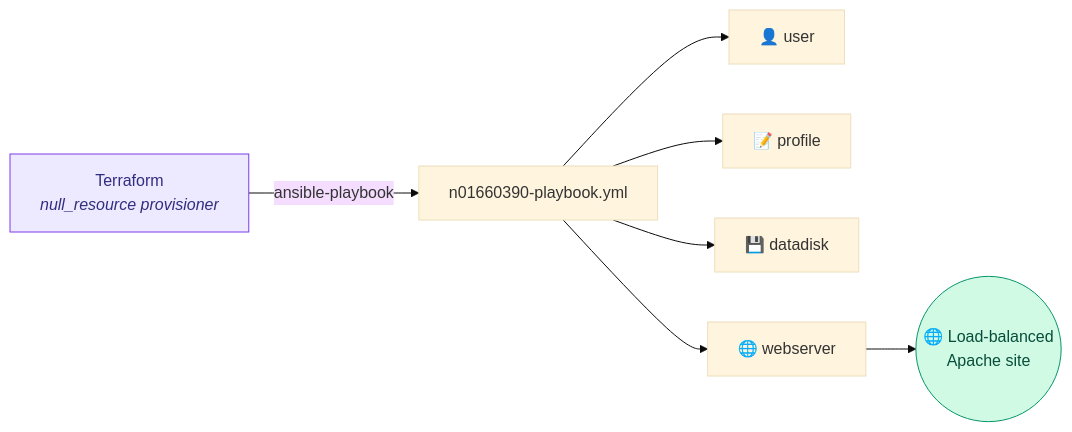
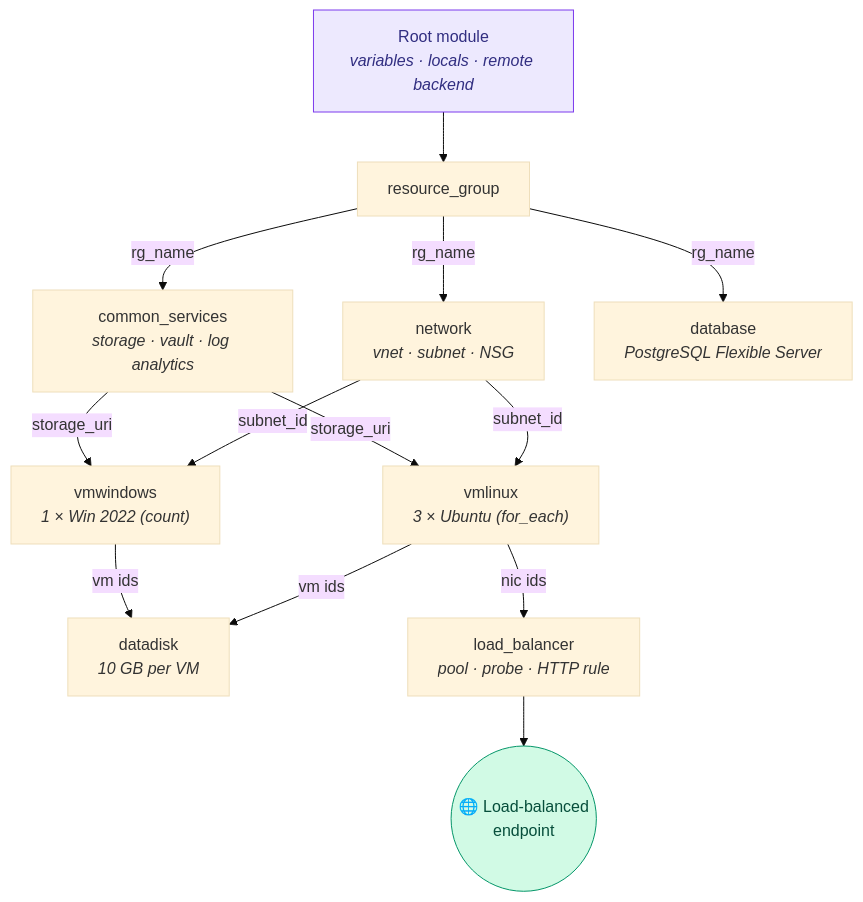
The diagram in README.md (sam51019/terraform-assignment), drawn with Mermaid (base theme) before and after one commit. The commit also changed other lines of this file, not shown here.

````diff
--- a/README.md
+++ b/README.md
@@ -30,12 +37,18 @@
 ```mermaid
-flowchart LR
-    TF["Terraform<br/><i>null_resource provisioner</i>"] -->|ansible-playbook| PB["n01660390-playbook.yml"]
-    PB --> U["👤 user"]
-    PB --> P["📝 profile"]
-    PB --> D["💾 datadisk"]
-    PB --> W["🌐 webserver"]
-    W --> SITE(("🌐 Load-balanced<br/>Apache site"))
+flowchart TD
+    ROOT["Root module<br/><i>variables · locals · remote backend</i>"] --> RG["resource_group"]
+    RG -- rg_name --> NET["network<br/><i>vnet · subnet · NSG</i>"]
+    RG -- rg_name --> COMMON["common_services<br/><i>storage · vault · log analytics</i>"]
+    NET -- subnet_id --> LINUX["vmlinux<br/><i>3 × Ubuntu (for_each)</i>"]
+    NET -- subnet_id --> WIN["vmwindows<br/><i>1 × Win 2022 (count)</i>"]
+    COMMON -- storage_uri --> LINUX
+    COMMON -- storage_uri --> WIN
+    LINUX -- vm ids --> DISK["datadisk<br/><i>10 GB per VM</i>"]
+    WIN -- vm ids --> DISK
+    LINUX -- nic ids --> LB["load_balancer<br/><i>pool · probe · HTTP rule</i>"]
+    RG -- rg_name --> DB["database<br/><i>PostgreSQL Flexible Server</i>"]
+    LB --> WEB(("🌐 Load-balanced<br/>endpoint"))
 
-    style TF fill:#ede9fe,stroke:#7c3aed,color:#312e81
-    style SITE fill:#d1fae5,stroke:#059669,color:#064e3b
+    style ROOT fill:#ede9fe,stroke:#7c3aed,color:#312e81
+    style WEB fill:#d1fae5,stroke:#059669,color:#064e3b
 ```
````
